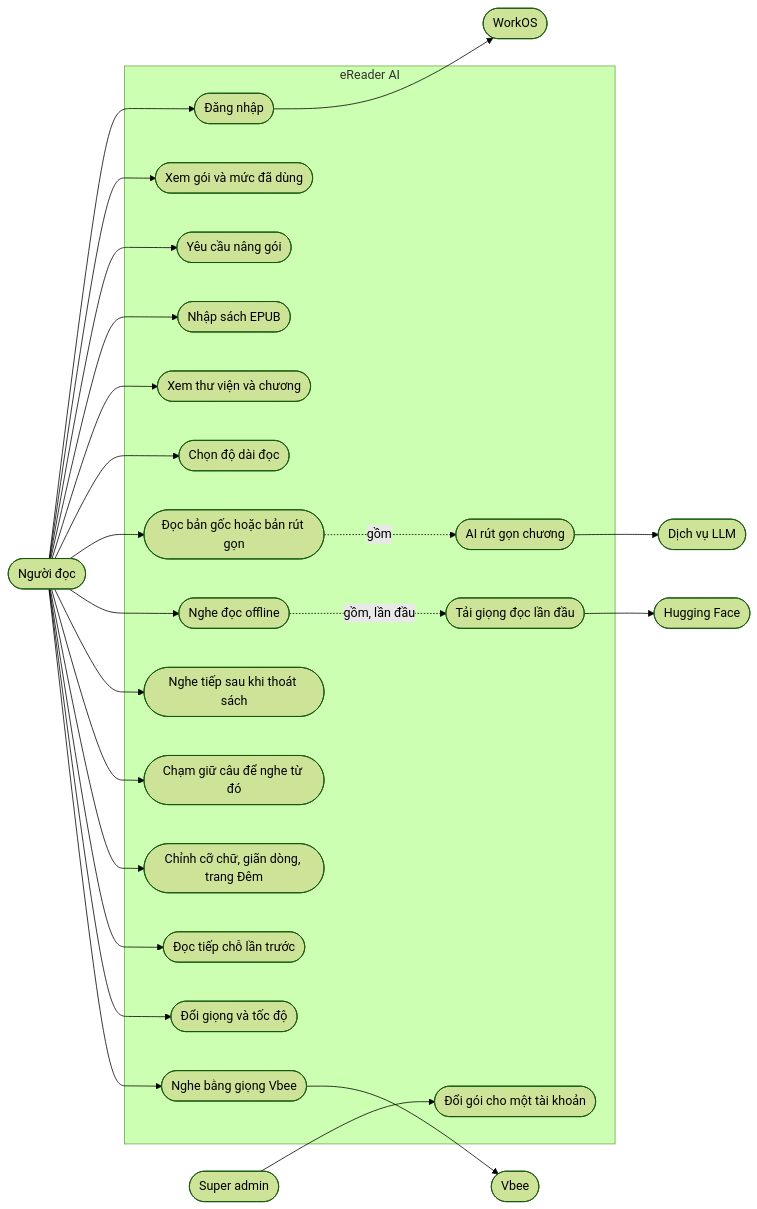
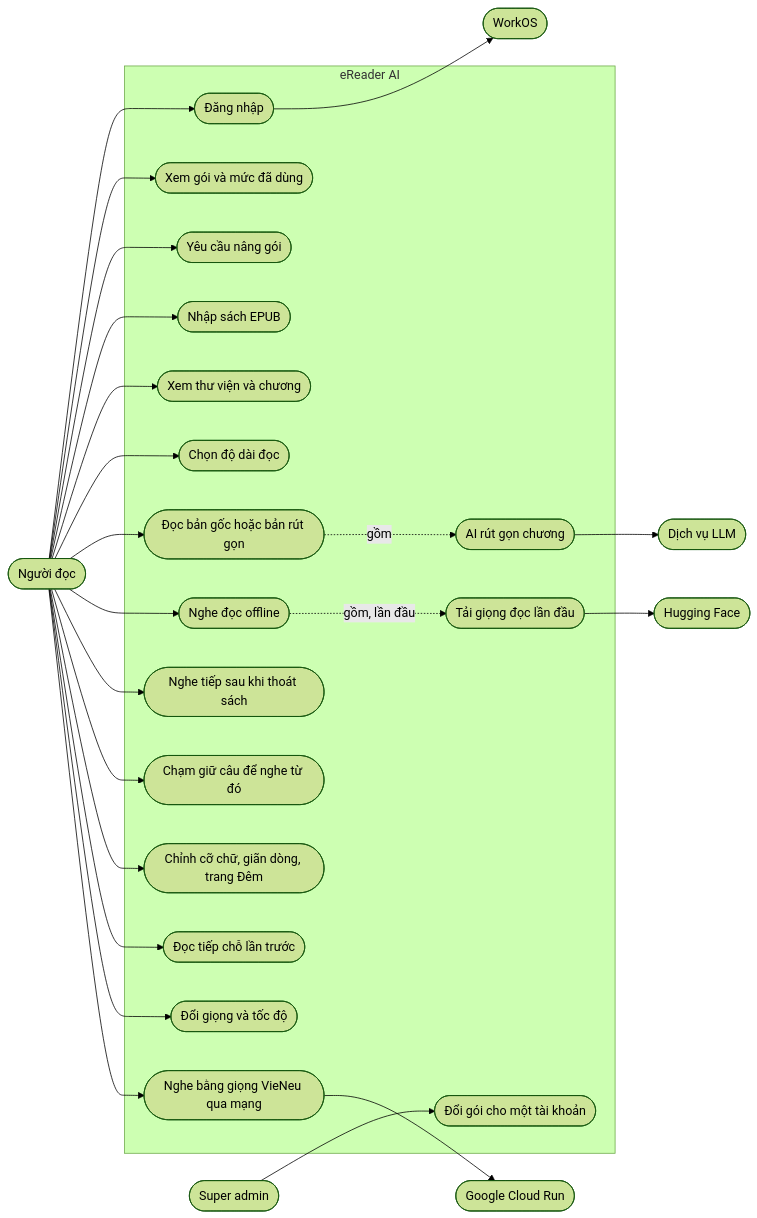
The first of 2 diagrams in README.vi.md (tinwritescode/ereader-ai), drawn with Mermaid (forest theme) before and after one commit. The commit also changed other lines of this file and 11 other files, not shown here.

First line of the commit message:
Name the app's cloud voices after what they are, not Vbee

````diff
--- a/README.vi.md
+++ b/README.vi.md
@@ -15,53 +15,53 @@
 ```mermaid
 flowchart LR
     reader(["Người đọc"])
     llm(["Dịch vụ LLM"])
     hf(["Hugging Face"])
-    vbee(["Vbee"])
+    gcloud(["Google Cloud Run"])
     workos(["WorkOS"])
     admin(["Super admin"])
 
     subgraph app["eReader AI"]
         import(["Nhập sách EPUB"])
         browse(["Xem thư viện và chương"])
         length(["Chọn độ dài đọc"])
         read(["Đọc bản gốc hoặc bản rút gọn"])
         shorten(["AI rút gọn chương"])
         listen(["Nghe đọc offline"])
         pick(["Chạm giữ câu để nghe từ đó"])
         keepon(["Nghe tiếp sau khi thoát sách"])
         look(["Chỉnh cỡ chữ, giãn dòng, trang Đêm"])
         resume(["Đọc tiếp chỗ lần trước"])
         download(["Tải giọng đọc lần đầu"])
         tune(["Đổi giọng và tốc độ"])
-        cloud(["Nghe bằng giọng Vbee"])
+        cloud(["Nghe bằng giọng VieNeu qua mạng"])
         signin(["Đăng nhập"])
         usage(["Xem gói và mức đã dùng"])
         upgrade(["Yêu cầu nâng gói"])
         grant(["Đổi gói cho một tài khoản"])
     end
 
     reader --> signin
     signin --> workos
     reader --> usage
     reader --> upgrade
     admin --> grant
 
     reader --> import
     reader --> browse
     reader --> length
     reader --> read
     reader --> listen
     reader --> keepon
     reader --> pick
     reader --> look
     reader --> resume
     reader --> tune
     reader --> cloud
 
     read -. "gồm" .-> shorten
     listen -. "gồm, lần đầu" .-> download
     shorten --> llm
     download --> hf
-    cloud --> vbee
+    cloud --> gcloud
 ```
````
